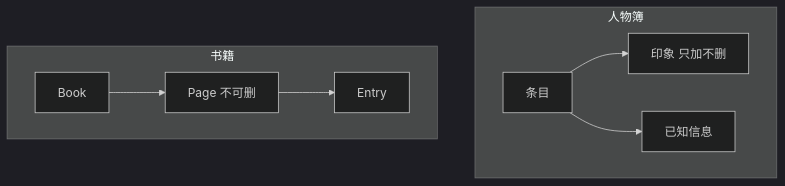
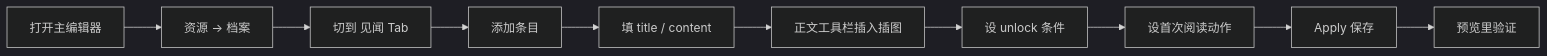
One commit to wubugui/GDoc changed the diagram in docs/editors/panels/archive.md. Above: the diagram before and after it, drawn with Mermaid (dark theme). The commit also changed other lines of this file and 112 other files, not shown here.

````diff
--- a/docs/editors/panels/archive.md
+++ b/docs/editors/panels/archive.md
@@ -54,11 +29,12 @@
 ```mermaid
-flowchart TB
-  subgraph 人物簿
-    CH[条目] --> IMP[印象 只加不删]
-    CH --> KV[已知信息]
-  end
-  subgraph 书籍
-    B[Book] --> P[Page 不可删]
-    P --> E[Entry]
-  end
+flowchart LR
+  A[打开主编辑器] --> B[资源 -> 档案]
+  B --> C[切到 见闻 Tab]
+  C --> D[添加条目]
+  D --> E[填 title / content]
+  E --> F[正文工具栏插入插图]
+  F --> G[设 unlock 条件]
+  G --> H[设首次阅读动作]
+  H --> I[Apply 保存]
+  I --> J[预览里验证]
 ```
````
